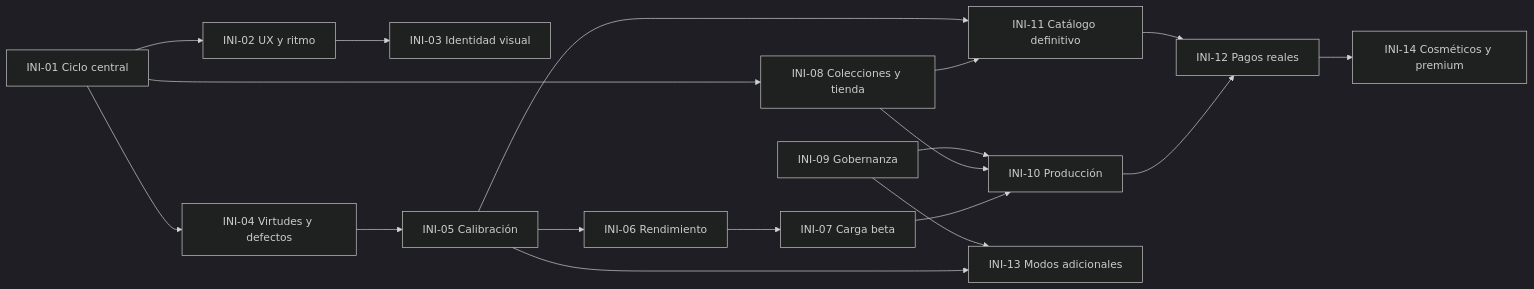
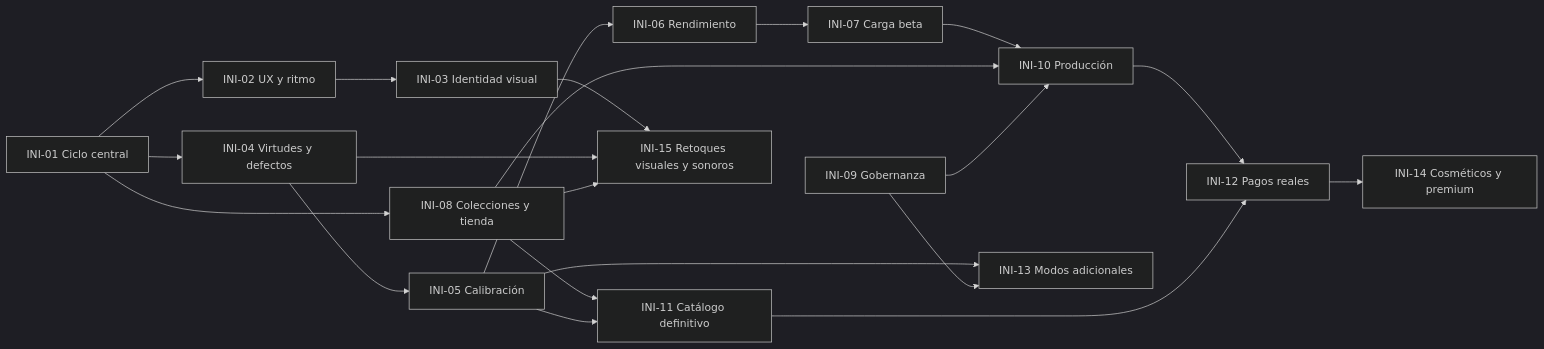
Before and after one commit to RichardNava/futboosterdraft: the diagram in ROADMAP.md, drawn with Mermaid (dark theme). The commit also changed other lines of this file and 12 other files, not shown here.

Commit message:
chore(007): add ROADMAP & delete /temp

````diff
--- a/ROADMAP.md
+++ b/ROADMAP.md
@@ -50,17 +53,20 @@
 ```mermaid
 graph LR
   INI01[INI-01 Ciclo central] --> INI02[INI-02 UX y ritmo] --> INI03[INI-03 Identidad visual]
   INI01 --> INI04[INI-04 Virtudes y defectos] --> INI05[INI-05 Calibración]
   INI05 --> INI06[INI-06 Rendimiento] --> INI07[INI-07 Carga beta]
   INI01 --> INI08[INI-08 Colecciones y tienda]
   INI07 --> INI10[INI-10 Producción]
   INI08 --> INI10
   INI09[INI-09 Gobernanza] --> INI10
   INI08 --> INI11[INI-11 Catálogo definitivo]
   INI05 --> INI11
   INI10 --> INI12[INI-12 Pagos reales]
   INI11 --> INI12
   INI12 --> INI14[INI-14 Cosméticos y premium]
   INI05 --> INI13[INI-13 Modos adicionales]
   INI09 --> INI13
+  INI03 --> INI15[INI-15 Retoques visuales y sonoros]
+  INI04 --> INI15
+  INI08 --> INI15
 ```
````
